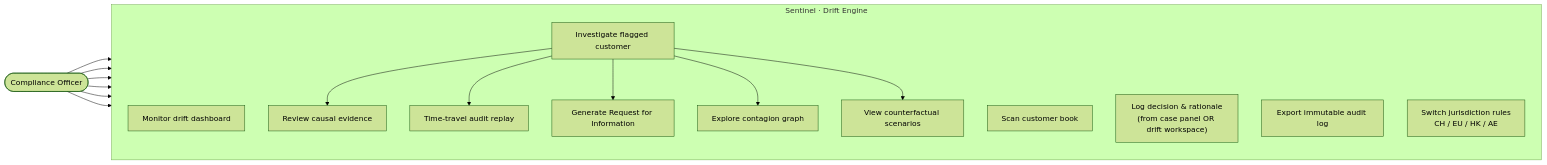
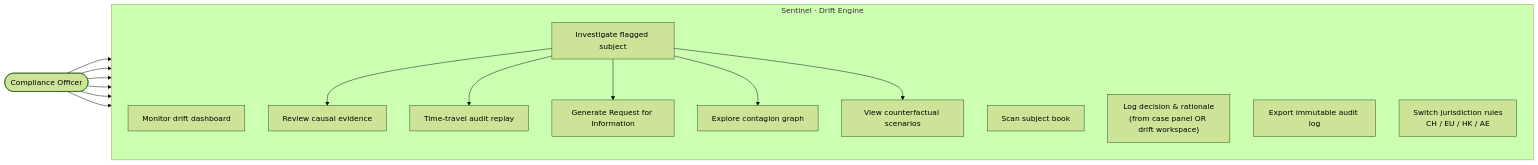
One commit to SteveDok22/Swisshacks-2026 changed the second of 6 diagrams in docs/flows.md. Above: the diagram before and after it, drawn with Mermaid (forest theme). The commit also changed other lines of this file and 45 other files, not shown here.

````diff
--- a/docs/flows.md
+++ b/docs/flows.md
@@ -47,31 +47,31 @@
 ```mermaid
 flowchart LR
     Officer(["Compliance Officer"])
 
     subgraph Sentinel["Sentinel · Drift Engine"]
         direction TB
         UC1[Monitor drift dashboard]
-        UC2[Scan customer book]
-        UC3[Investigate flagged customer]
+        UC2[Scan subject book]
+        UC3[Investigate flagged subject]
         UC4[Review causal evidence]
         UC5[Time-travel audit replay]
         UC6[Generate Request for Information]
         UC7["Log decision & rationale\n(from case panel OR drift workspace)"]
         UC8[Export immutable audit log]
         UC9["Switch jurisdiction rules\nCH / EU / HK / AE"]
         UC10[Explore contagion graph]
         UC11[View counterfactual scenarios]
     end
 
     Officer --> UC1
     Officer --> UC2
     Officer --> UC3
     Officer --> UC7
     Officer --> UC8
     Officer --> UC9
     UC3 --> UC4
     UC3 --> UC5
     UC3 --> UC6
     UC3 --> UC10
     UC3 --> UC11
 ```
````
